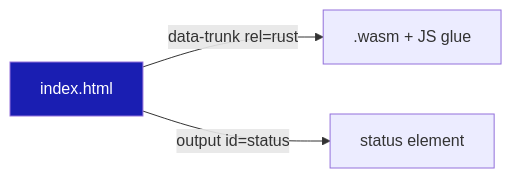
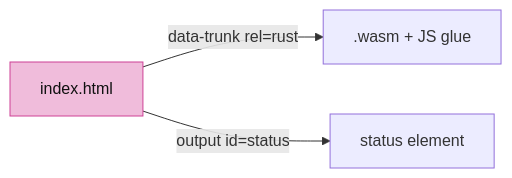
Before and after one commit to petrasvestartas/session: the sixth of 7 diagrams in session_viewer/docs/00-environment.md, drawn with Mermaid. The commit also changed other lines of this file and 23 other files, not shown here.

Commit message:
Course: Mermaid nodes white with black text, highlighted nodes pink, white arrows and edge labels on the black ground

````diff
--- a/session_viewer/docs/00-environment.md
+++ b/session_viewer/docs/00-environment.md
@@ -82,6 +82,6 @@
 ```mermaid
 flowchart LR
     H["index.html"] -- "data-trunk rel=rust" --> W[".wasm + JS glue"]
     H -- "output id=status" --> S["status element"]
-    style H fill:#1a1eb2,color:#fff
+    style H fill:#f0bcdb,stroke:#ce4095,color:#111
 ```
````
